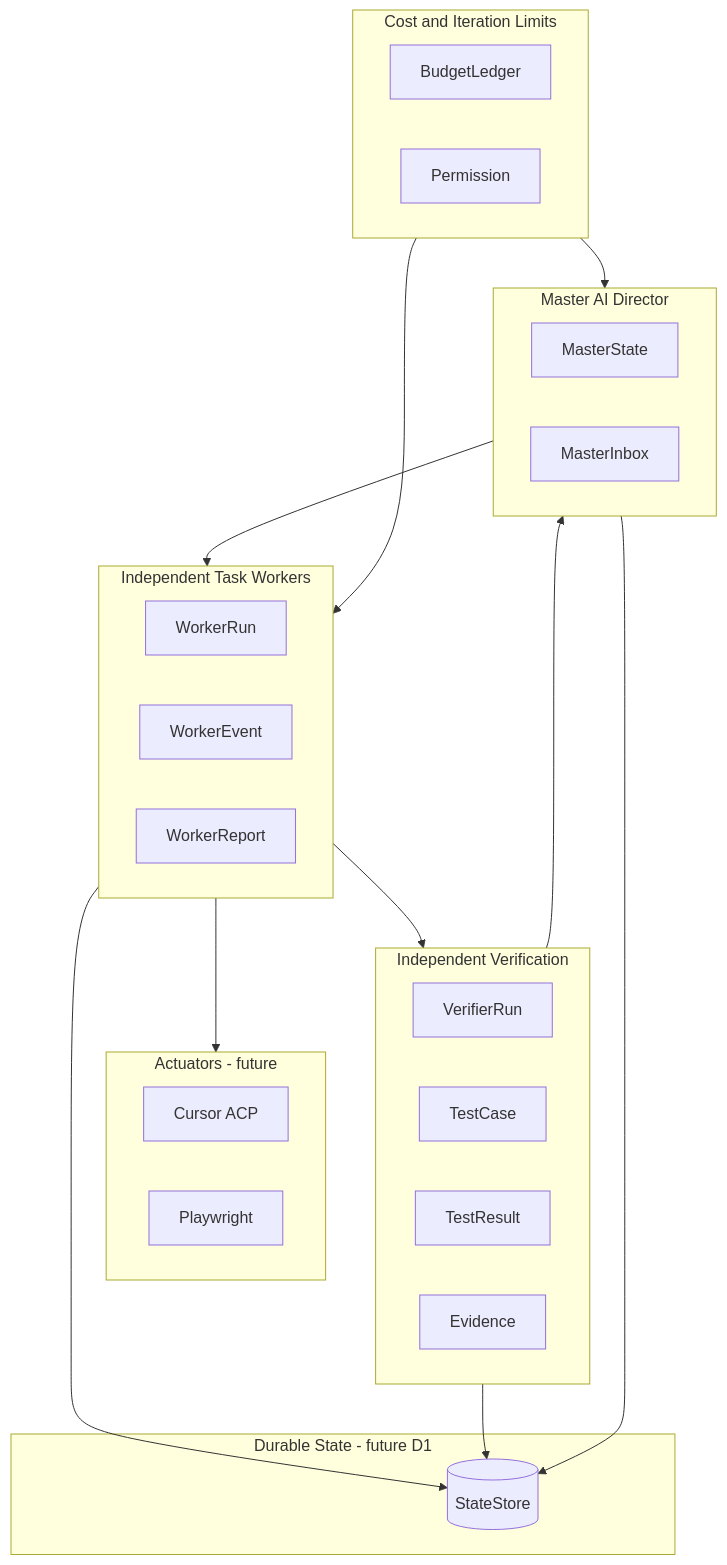
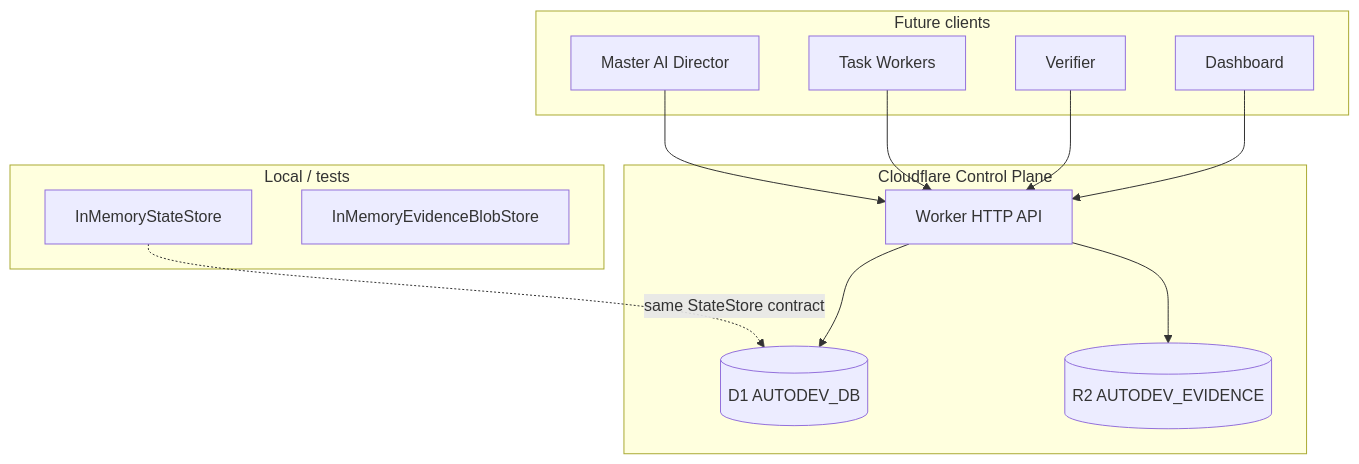
One commit to ACD052709/assayer-autodev changed the diagram in README.md. Above: the diagram before and after it, drawn with Mermaid. The commit also changed other lines of this file and 28 other files, not shown here.

Commit message:
Add Cloudflare control-plane foundation

````diff
--- a/README.md
+++ b/README.md
@@ -11,44 +9,28 @@
 ```mermaid
 flowchart TB
-  subgraph director [Master AI Director]
-    MS[MasterState]
-    IN[MasterInbox]
+  subgraph clients [Future clients]
+    MA[Master AI Director]
+    WK[Task Workers]
+    VF[Verifier]
+    DB[Dashboard]
   end
 
-  subgraph workers [Independent Task Workers]
-    WR[WorkerRun]
-    WE[WorkerEvent]
-    WRep[WorkerReport]
+  subgraph control [Cloudflare Control Plane]
+    API[Worker HTTP API]
+    D1[(D1 AUTODEV_DB)]
+    R2[(R2 AUTODEV_EVIDENCE)]
   end
 
-  subgraph actuators [Actuators - future]
-    ACP[Cursor ACP]
-    PW[Playwright]
+  subgraph local [Local / tests]
+    MEM[InMemoryStateStore]
+    IBLOB[InMemoryEvidenceBlobStore]
   end
 
-  subgraph verify [Independent Verification]
-    VR[VerifierRun]
-    TC[TestCase]
-    TR[TestResult]
-    EV[Evidence]
-  end
-
-  subgraph durable [Durable State - future D1]
-    SS[(StateStore)]
-  end
-
-  subgraph limits [Cost and Iteration Limits]
-    BL[BudgetLedger]
-    PERM[Permission]
-  end
-
-  director --> workers
-  workers --> actuators
-  workers --> verify
-  verify --> director
-  workers --> SS
-  verify --> SS
-  director --> SS
-  limits --> director
-  limits --> workers
+  MA --> API
+  WK --> API
+  VF --> API
+  DB --> API
+  API --> D1
+  API --> R2
+  MEM -.->|same StateStore contract| D1
 ```
````
